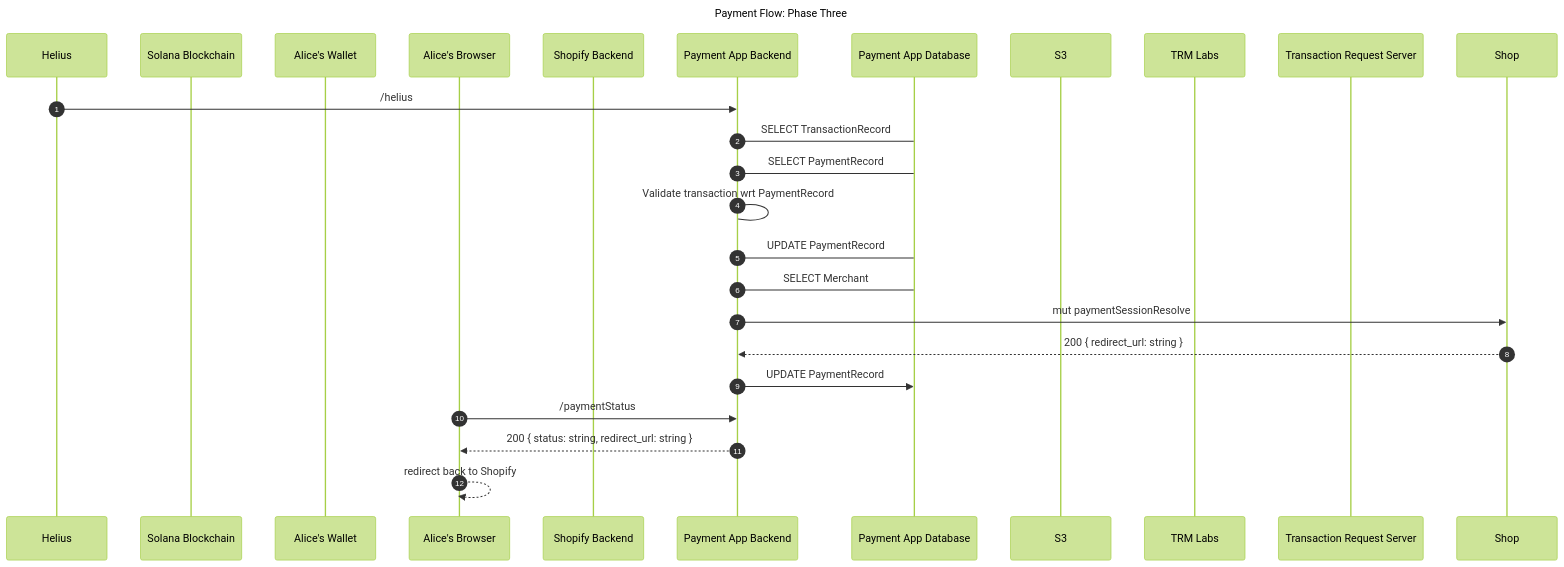
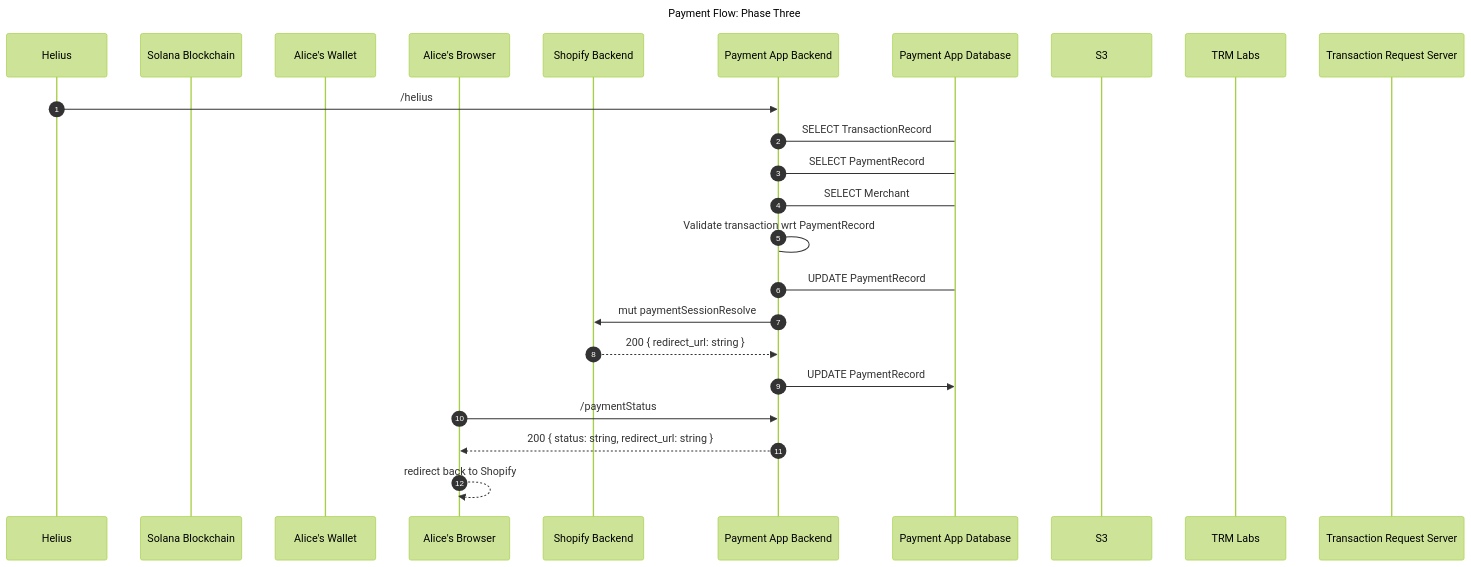
One commit to Tru3Bliss/solana-modern-pay changed the third of 7 diagrams in system-design/README.md. Above: the diagram before and after it, drawn with Mermaid (forest theme). The commit also changed other lines of this file, not shown here.

First line of the commit message:
Tj/sys design flow updates (#76)

````diff
--- a/system-design/README.md
+++ b/system-design/README.md
@@ -77,27 +81,27 @@
 ```mermaid
 sequenceDiagram
     title Payment Flow: Phase Three
     autonumber
     participant Helius
     participant Solana as Solana Blockchain
     participant Wallet as Alice's Wallet
     participant Alice as Alice's Browser
     participant SHOP as Shopify Backend
     participant BACKEND as Payment App Backend
     participant DATABASE as Payment App Database
     participant S3
     participant TRM as TRM Labs
     participant TRS as Transaction Request Server
     Helius->>BACKEND: /helius
     BACKEND->DATABASE: SELECT TransactionRecord
     BACKEND->DATABASE: SELECT PaymentRecord
+    BACKEND->DATABASE: SELECT Merchant
     BACKEND->BACKEND: Validate transaction wrt PaymentRecord
     BACKEND->DATABASE: UPDATE PaymentRecord
-    BACKEND->DATABASE: SELECT Merchant
-    BACKEND->>Shop: mut paymentSessionResolve
-    Shop-->>BACKEND: 200 { redirect_url: string }
+    BACKEND->>SHOP: mut paymentSessionResolve
+    SHOP-->>BACKEND: 200 { redirect_url: string }
     BACKEND->>DATABASE: UPDATE PaymentRecord
     Alice->>BACKEND: /paymentStatus
     BACKEND-->>Alice: 200 { status: string, redirect_url: string }
     Alice-->>Alice: redirect back to Shopify
 ```
````
